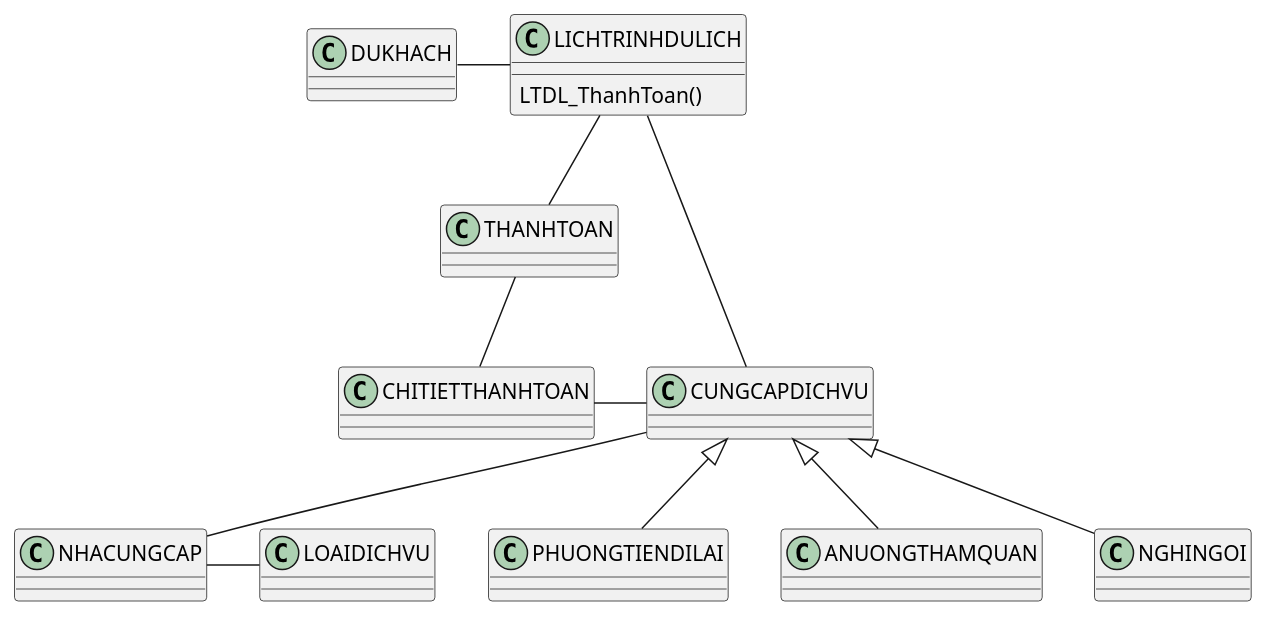
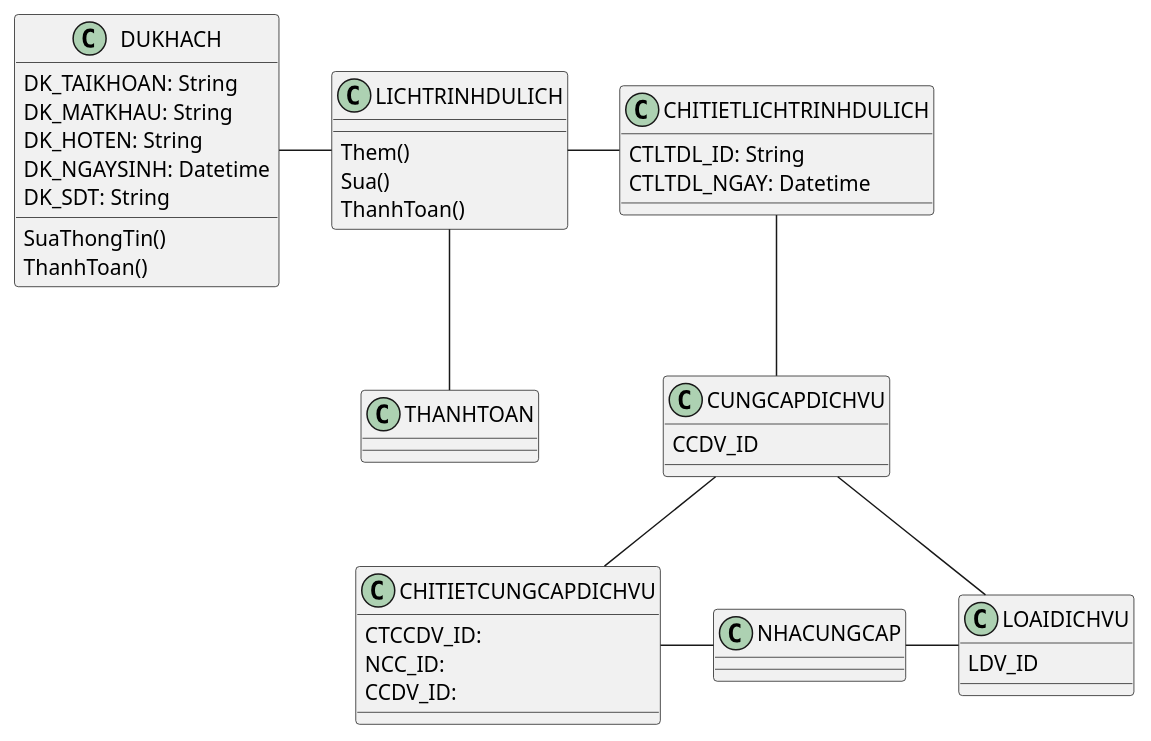
Before and after one commit to TranTan-Dat/LV_DuLichDienTu: the diagram in PlanUML/UseCase_QLNCC.puml, drawn with PlantUML.

Commit message:
Cap Nhat Class, đang code Lịch trình du lịch

```diff
--- a/PlanUML/UseCase_QLNCC.puml
+++ b/PlanUML/UseCase_QLNCC.puml
@@ -1,45 +1,80 @@
 @startuml So Do class
 
 ' Dịch vụ du lịch ở đây bao gồm các khu vui chơi,
 ' ăn ngủ nghỉ, dịch vụ đi lại, các dịch vụ sẽ có loại DV
 'Dịch vụ sẽ gồm có:
 '1. Phương tiện để đi lại (gồm có phương tiện đi đến nơi du lịch và phương tiện đi lại ở điểm du lịch)
 '2. Tham quan và ăn uống
 '3. chỗ ngủ
 
-Class LOAIDICHVU{}
+
+
+Class LOAIDICHVU{
+  LDV_ID
+}
 
 class NHACUNGCAP{}
 
 class LICHTRINHDULICH{
 
-  LTDL_ThanhToan()
+  Them()
+  Sua()
+  ThanhToan()
 }
 
 
-class DUKHACH{}
+class DUKHACH{
+  DK_TAIKHOAN: String
+  DK_MATKHAU: String
+  DK_HOTEN: String
+  DK_NGAYSINH: Datetime
+  DK_SDT: String
+  SuaThongTin()
+  ThanhToan()
+}
 Class THANHTOAN{}
-Class CHITIETTHANHTOAN{}
+' Class CHITIETTHANHTOAN{}
+Class CUNGCAPDICHVU{
+  CCDV_ID 
+}
+'một lịch trình thì có 1-> n ngày, 1 ngày đi sẽ có nhiều dịch vụ bởi nhà cung cấp dv
+'1 ncc_DVu -> cung cấp cho nhiều lịch trình 
+'=> thực thể yếu => thêm chi tiết lịch trình du lịch mỗi ngày đi sẽ là 1 chi tiết
 
+  ' chỗ rối ở đây nếu hôm nay đi 2 chỗ mai đi 4 chỗ thì ghi sao
+class CHITIETLICHTRINHDULICH{
+  CTLTDL_ID: String
+  CTLTDL_NGAY: Datetime
+
+}
+
+'1 nhà cung cấp có thể có nhiều loại dịch vụ du lịch
+class CHITIETCUNGCAPDICHVU{
+  CTCCDV_ID:
+  NCC_ID:
+  CCDV_ID:
+}
 
 class LOAIDICHVU{}
-class PHUONGTIENDILAI{}
-Class ANUONGTHAMQUAN{}
-Class NGHINGOI{}
+' class PHUONGTIENDILAI{}
+' Class ANUONGTHAMQUAN{}
+' Class NGHINGOI{}
 
 
 ' ------------------
 DUKHACH - LICHTRINHDULICH
-LICHTRINHDULICH --- CUNGCAPDICHVU
-CUNGCAPDICHVU -- NHACUNGCAP
+CUNGCAPDICHVU -- CHITIETCUNGCAPDICHVU
+CHITIETCUNGCAPDICHVU - NHACUNGCAP
 NHACUNGCAP - LOAIDICHVU
 LICHTRINHDULICH -- THANHTOAN
-THANHTOAN - CHITIETTHANHTOAN
-CHITIETTHANHTOAN - CUNGCAPDICHVU
+' THANHTOAN -- CHITIETTHANHTOAN
+' CHITIETTHANHTOAN --- CUNGCAPDICHVU
+LICHTRINHDULICH - CHITIETLICHTRINHDULICH
+CHITIETLICHTRINHDULICH -- CUNGCAPDICHVU
+LOAIDICHVU -- CUNGCAPDICHVU
 
-
-CUNGCAPDICHVU <|-- NGHINGOI
-CUNGCAPDICHVU <|-- ANUONGTHAMQUAN
-CUNGCAPDICHVU <|-- PHUONGTIENDILAI
+' CUNGCAPDICHVU <|-- NGHINGOI
+' CUNGCAPDICHVU <|-- ANUONGTHAMQUAN
+' CUNGCAPDICHVU <|-- PHUONGTIENDILAI
 
 @enduml
```
